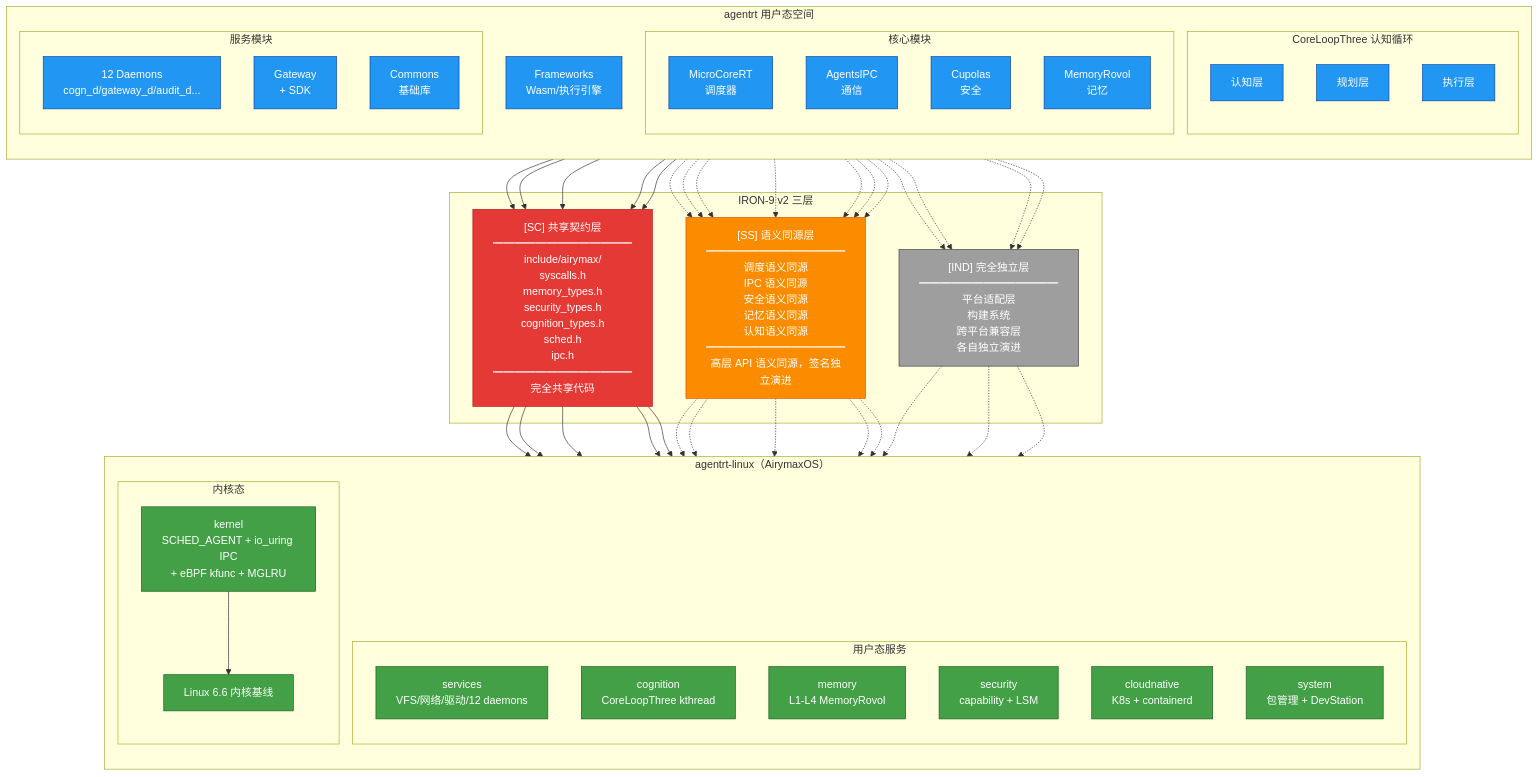
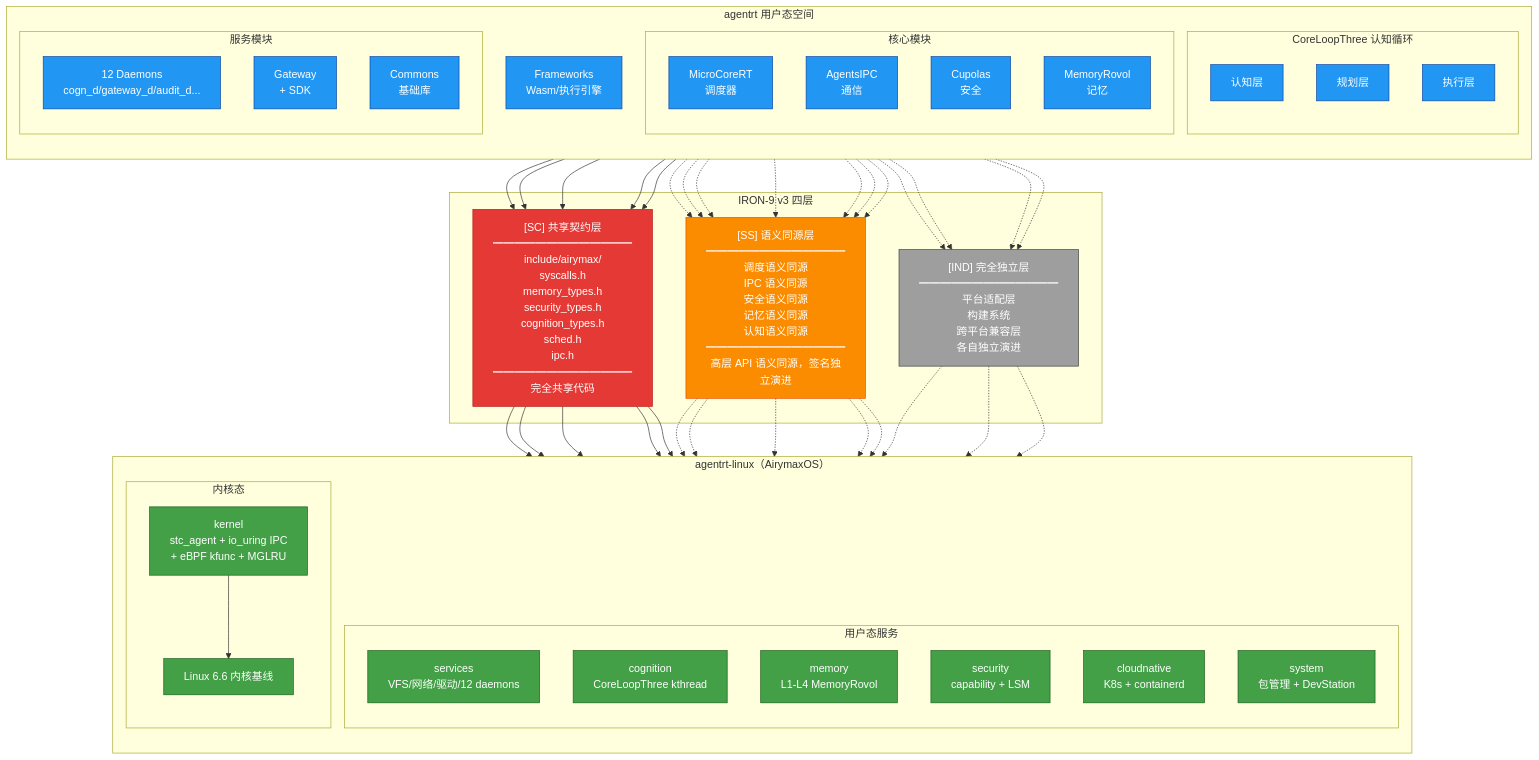
Before and after one commit to openairymax/docs-linux: the first of 4 diagrams in 50-engineering-standards/40-integration/integration.md, drawn with Mermaid. The commit also changed other lines of this file and 181 other files, not shown here.

Commit message:
docs: 批量更新文档中的IRON-9版本与调度器命名 1. 将所有IRON-9 v2引用升级为IRON-9 v3，统一四层共享模型版本号 2. 将方案C-Prime、AIRY_SCHED_AGENT相关表述替换为sched_tac、stc_agent 3. 更新OpenStandards/README.md的许可证信息为CC-BY-4.0

```diff
--- a/50-engineering-standards/40-integration/integration.md
+++ b/50-engineering-standards/40-integration/integration.md
@@ -52,7 +52,7 @@
         FW[Frameworks<br/>Wasm/执行引擎]
     end
 
-    subgraph "IRON-9 v2 三层"
+    subgraph "IRON-9 v3 四层"
         SC["[SC] 共享契约层<br/>━━━━━━━━━━━━━<br/>include/airymax/<br/>syscalls.h<br/>memory_types.h<br/>security_types.h<br/>cognition_types.h<br/>sched.h<br/>ipc.h<br/>━━━━━━━━━━━━━<br/>完全共享代码"]
         SS["[SS] 语义同源层<br/>━━━━━━━━━━━━━<br/>调度语义同源<br/>IPC 语义同源<br/>安全语义同源<br/>记忆语义同源<br/>认知语义同源<br/>━━━━━━━━━━━━━<br/>高层 API 语义同源，签名独立演进"]
         IND["[IND] 完全独立层<br/>━━━━━━━━━━━━━<br/>平台适配层<br/>构建系统<br/>跨平台兼容层<br/>各自独立演进"]
@@ -69,7 +69,7 @@
             ASY[system<br/>包管理 + DevStation]
         end
         subgraph "内核态"
-            AK[kernel<br/>SCHED_AGENT + io_uring IPC<br/>+ eBPF kfunc + MGLRU]
+            AK[kernel<br/>stc_agent + io_uring IPC<br/>+ eBPF kfunc + MGLRU]
             LK[Linux 6.6 内核基线]
         end
     end
```
